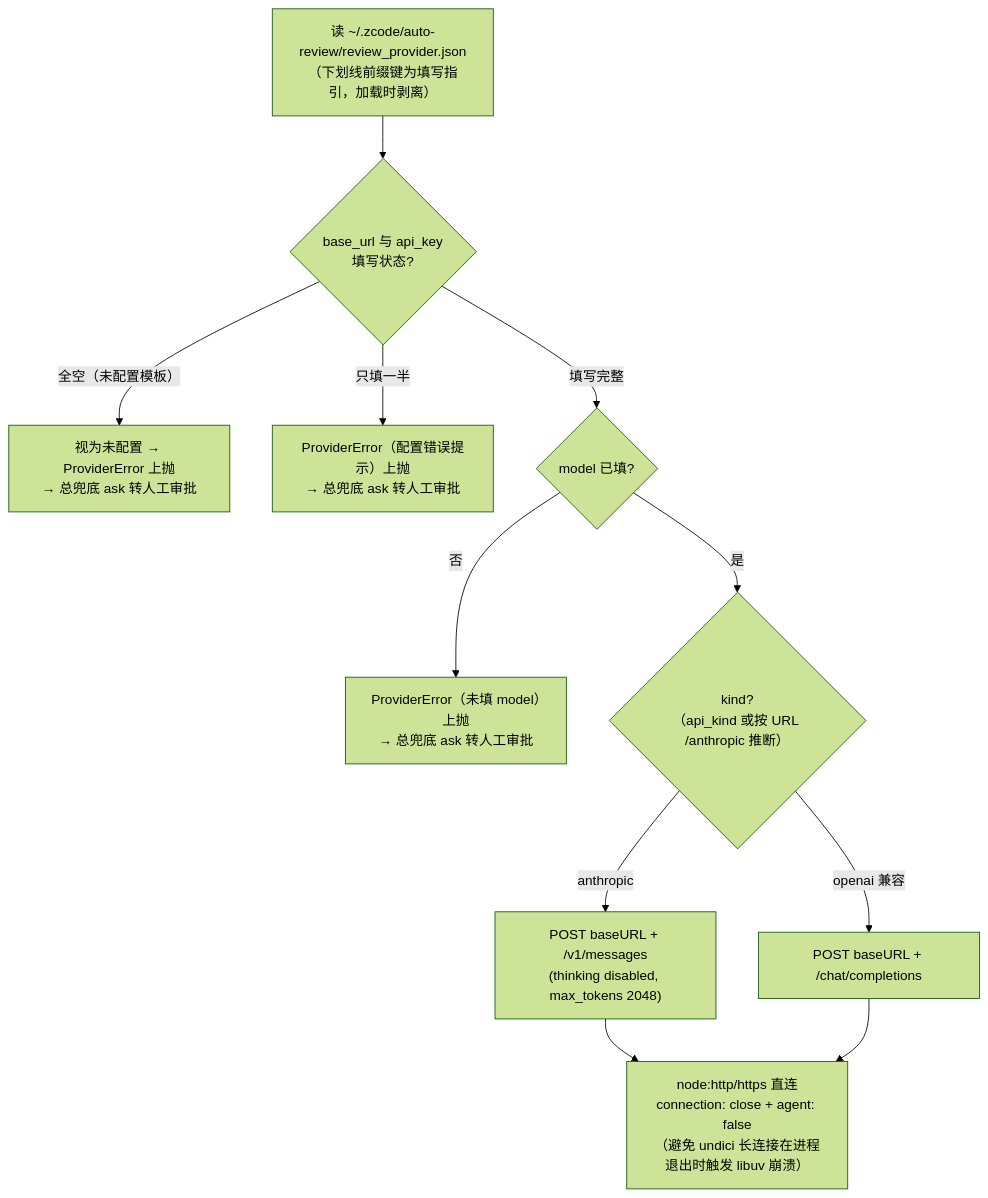
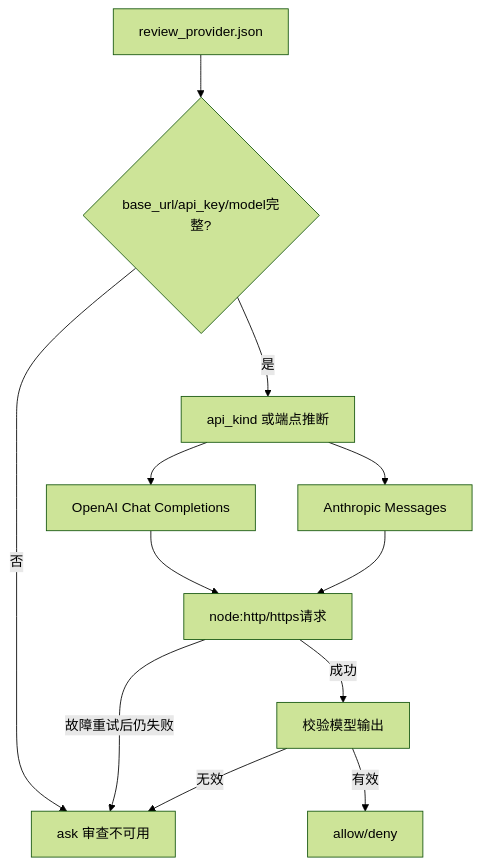
One commit to cy-2-u/zhao changed the third of 3 diagrams in docs/project_wiki/02_开发文档/模块运行流程图.md. Above: the diagram before and after it, drawn with Mermaid (forest theme). The commit also changed other lines of this file and 25 other files, not shown here.

Commit message:
0.5.1 安全修复：快速通道参数门禁收紧、危险规则优先级 ask>deny>allow、载荷递归脱敏、单一载荷预算、附件敏感路径与完整性拦截、缓存严格校验、CLI 校验与写失败处理；测试与文档同步

````diff
--- a/docs/project_wiki/02_开发文档/模块运行流程图.md
+++ b/docs/project_wiki/02_开发文档/模块运行流程图.md
@@ -73,13 +69,14 @@
 ```mermaid
 flowchart TD
-    A["读 ~/.zcode/auto-review/review_provider.json<br/>（下划线前缀键为填写指引，加载时剥离）"] --> B{base_url 与 api_key<br/>填写状态?}
-    B -- "全空（未配置模板）" --> P["视为未配置 → ProviderError 上抛<br/>→ 总兜底 ask 转人工审批"]
-    B -- "只填一半" --> P2["ProviderError（配置错误提示）上抛<br/>→ 总兜底 ask 转人工审批"]
-    B -- "填写完整" --> C{model 已填?}
-    C -- 否 --> P3["ProviderError（未填 model）上抛<br/>→ 总兜底 ask 转人工审批"]
-    C -- 是 --> D{"kind?<br/>（api_kind 或按 URL /anthropic 推断）"}
-    D -- anthropic --> E["POST baseURL + /v1/messages<br/>(thinking disabled, max_tokens 2048)"]
-    D -- openai 兼容 --> F["POST baseURL + /chat/completions"]
-    E --> G["node:http/https 直连<br/>connection: close + agent: false<br/>（避免 undici 长连接在进程退出时触发 libuv 崩溃）"]
-    F --> G
+    A[review_provider.json] --> B{base_url/api_key/model完整?}
+    B -- 否 --> Q[ask 审查不可用]
+    B -- 是 --> C[api_kind 或端点推断]
+    C --> O[OpenAI Chat Completions]
+    C --> N[Anthropic Messages]
+    O --> R[node:http/https请求]
+    N --> R
+    R -- 故障重试后仍失败 --> Q
+    R -- 成功 --> V[校验模型输出]
+    V -- 无效 --> Q
+    V -- 有效 --> D[allow/deny]
 ```
````
